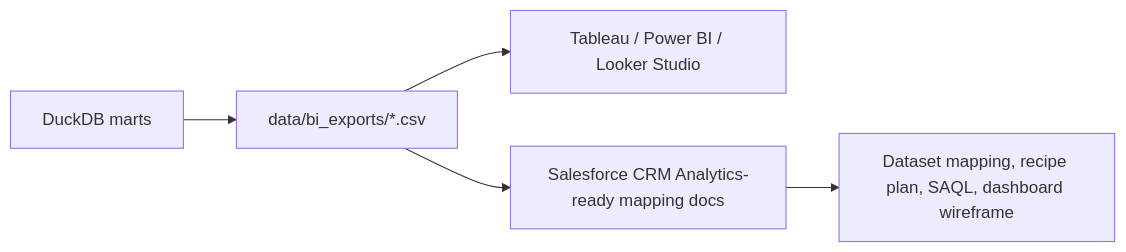
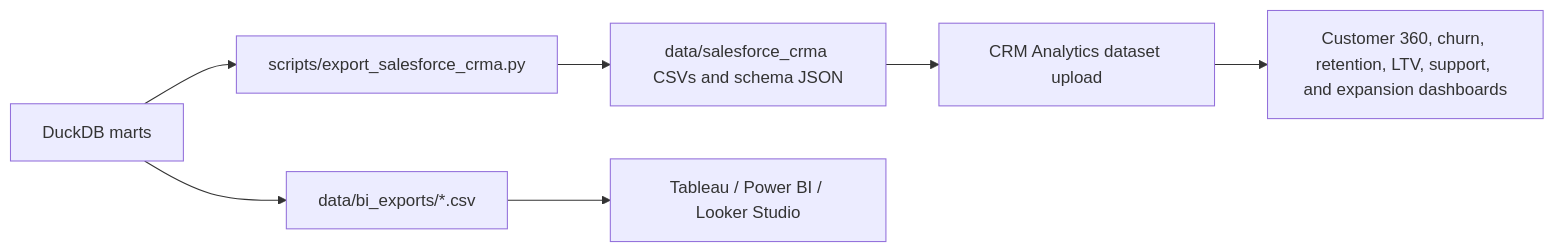
One commit to bbfosho0/Customer-Success-Analytics-Command-Center changed the third of 3 diagrams in README.md. Above: the diagram before and after it, drawn with Mermaid. The commit also changed other lines of this file and 16 other files, not shown here.

Commit message:
Add Salesforce CRM Analytics export layer

````diff
--- a/README.md
+++ b/README.md
@@ -63,7 +65,9 @@
 ```mermaid
 flowchart LR
     A[DuckDB marts] --> B[data/bi_exports/*.csv]
-    B --> C[Tableau / Power BI / Looker Studio]
-    B --> D[Salesforce CRM Analytics-ready mapping docs]
-    D --> E[Dataset mapping, recipe plan, SAQL, dashboard wireframe]
+    A --> C[scripts/export_salesforce_crma.py]
+    C --> D[data/salesforce_crma CSVs and schema JSON]
+    B --> E[Tableau / Power BI / Looker Studio]
+    D --> F[CRM Analytics dataset upload]
+    F --> G[Customer 360, churn, retention, LTV, support, and expansion dashboards]
 ```
````
